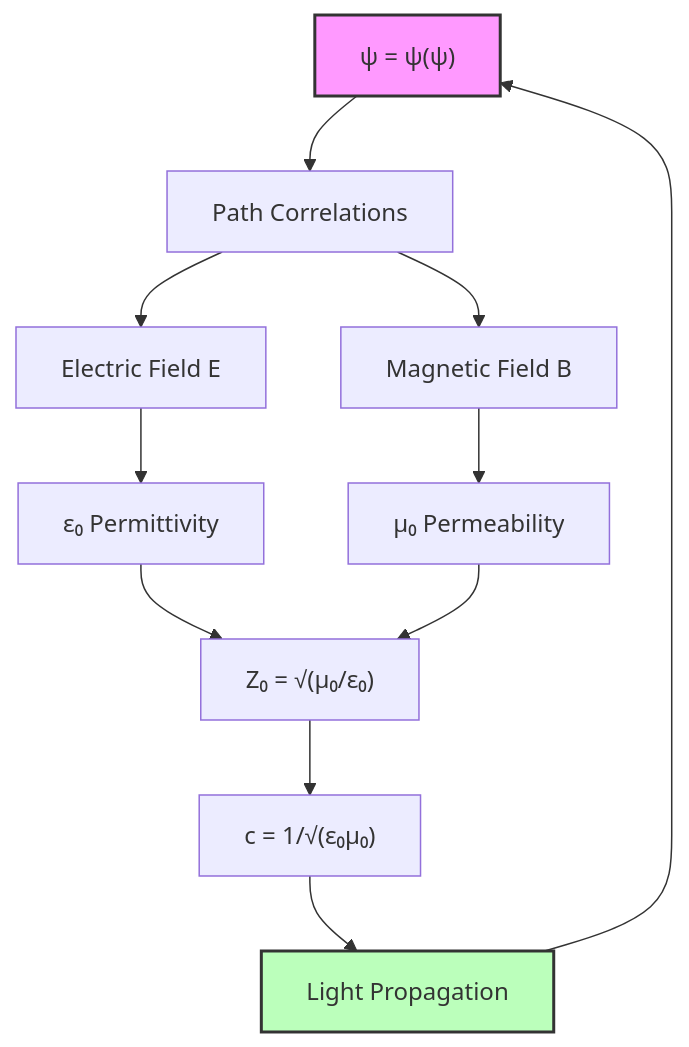
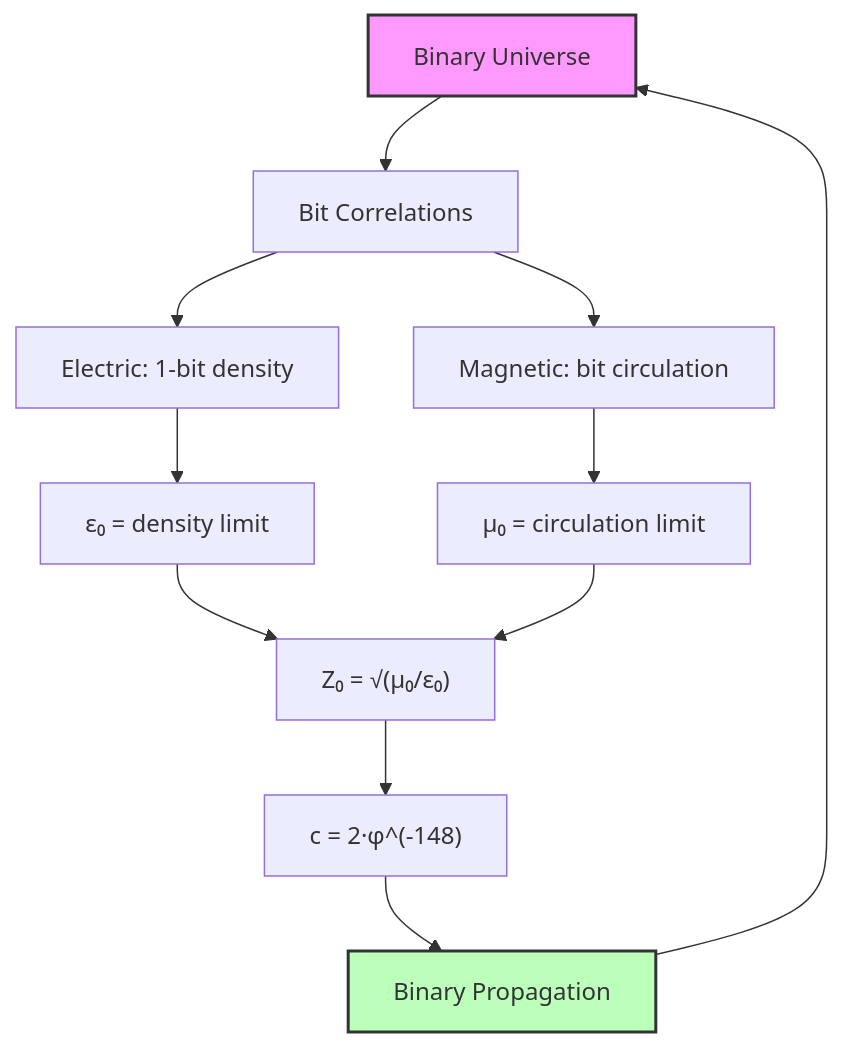
The third of 3 diagrams in docs/psi-constants/part-03-spectral-constants/chapter-048-collapse-electromagnetic-constants-epsilon-mu.md (loning/the-phys), drawn with Mermaid before and after one commit. The commit also changed other lines of this file and 3 other files, not shown here.

````diff
--- a/docs/psi-constants/part-03-spectral-constants/chapter-048-collapse-electromagnetic-constants-epsilon-mu.md
+++ b/docs/psi-constants/part-03-spectral-constants/chapter-048-collapse-electromagnetic-constants-epsilon-mu.md
@@ -310,16 +345,16 @@
 ```mermaid
 graph TD
-    A["ψ = ψ(ψ)"] --> B["Path Correlations"]
-    B --> C["Electric Field E"]
-    B --> D["Magnetic Field B"]
-    C --> E["ε₀ Permittivity"]
-    D --> F["μ₀ Permeability"]
+    A["Binary Universe"] --> B["Bit Correlations"]
+    B --> C["Electric: 1-bit density"]
+    B --> D["Magnetic: bit circulation"]
+    C --> E["ε₀ = density limit"]
+    D --> F["μ₀ = circulation limit"]
     E --> G["Z₀ = √(μ₀/ε₀)"]
     F --> G
-    G --> H["c = 1/√(ε₀μ₀)"]
-    H --> I["Light Propagation"]
+    G --> H["c = 2·φ^(-148)"]
+    H --> I["Binary Propagation"]
     I --> A
     
     style A fill:#f9f,stroke:#333,stroke-width:2px
     style I fill:#bfb,stroke:#333,stroke-width:2px
 ```
````
